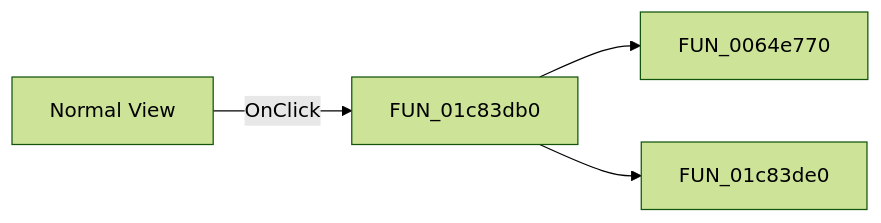
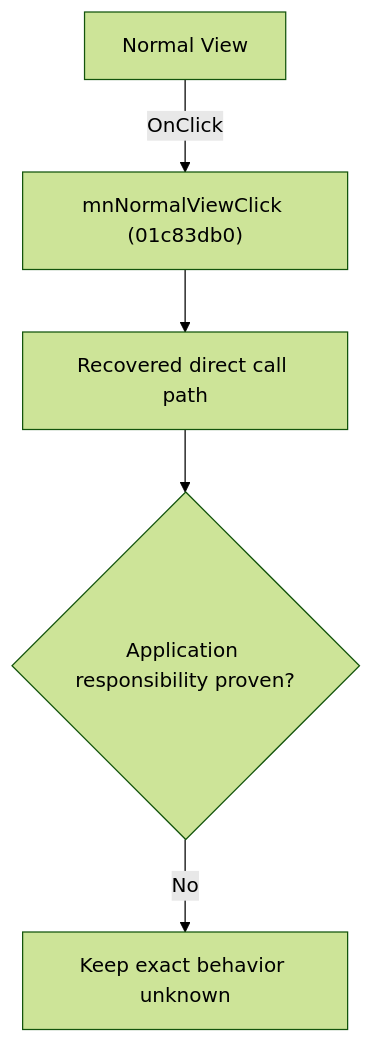
Before and after one commit to MovGP0/TIARA: the diagram in docs/ui-controls/schematiceditor/mnnormalview-ada000edb3.md, drawn with Mermaid (forest theme). The commit also changed other lines of this file and 1062 other files, not shown here.

````diff
--- a/docs/ui-controls/schematiceditor/mnnormalview-ada000edb3.md
+++ b/docs/ui-controls/schematiceditor/mnnormalview-ada000edb3.md
@@ -27,6 +27,7 @@
 ```mermaid
-flowchart LR
-    control["Normal View"] -->|OnClick| handler["FUN_01c83db0"]
-    handler --> call1["FUN_0064e770"]
-    handler --> call2["FUN_01c83de0"]
+flowchart TD
+    control["Normal View"] -->|"OnClick"| handler["mnNormalViewClick (01c83db0)"]
+    handler --> recovered["Recovered direct call path"]
+    recovered --> gap{"Application responsibility proven?"}
+    gap -->|"No"| blocked["Keep exact behavior unknown"]
 ```
````
